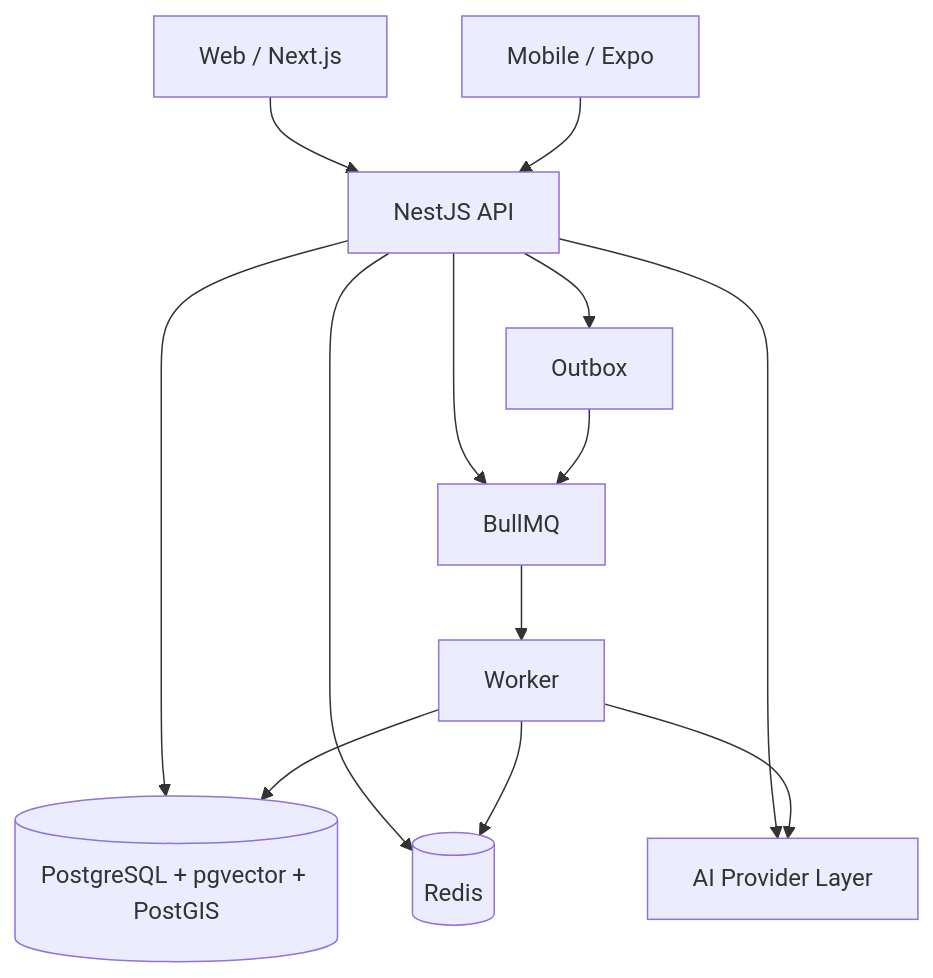
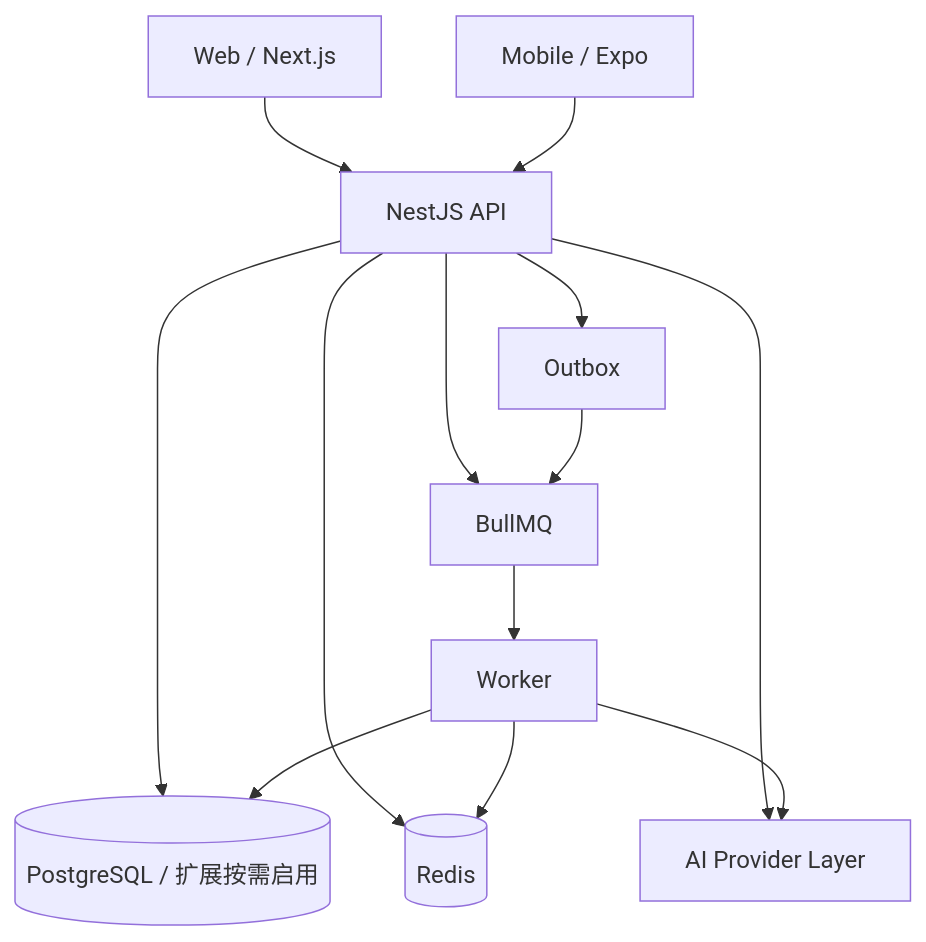
One commit to kevenhu001-cyber/AVEN changed the diagram in docs/architecture/TDD.md. Above: the diagram before and after it, drawn with Mermaid. The commit also changed other lines of this file and 88 other files, not shown here.

````diff
--- a/docs/architecture/TDD.md
+++ b/docs/architecture/TDD.md
@@ -27,15 +27,15 @@
 ```mermaid
 flowchart TD
     W[Web / Next.js] --> API[NestJS API]
     M[Mobile / Expo] --> API
-    API --> DB[(PostgreSQL + pgvector + PostGIS)]
+    API --> DB[(PostgreSQL / 扩展按需启用)]
     API --> R[(Redis)]
     API --> Q[BullMQ]
     Q --> WK[Worker]
     WK --> DB
     WK --> R
     API --> AI[AI Provider Layer]
     WK --> AI
     API --> OUT[Outbox]
     OUT --> Q
 ```
````
